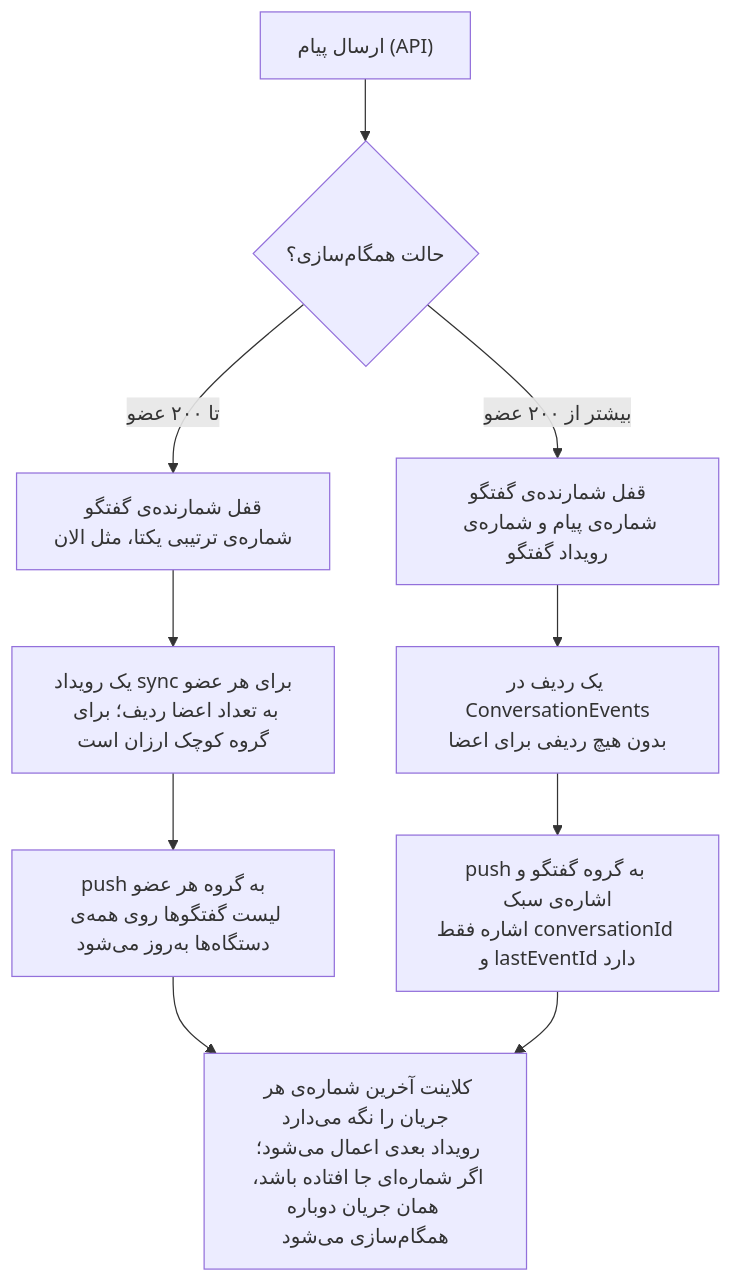
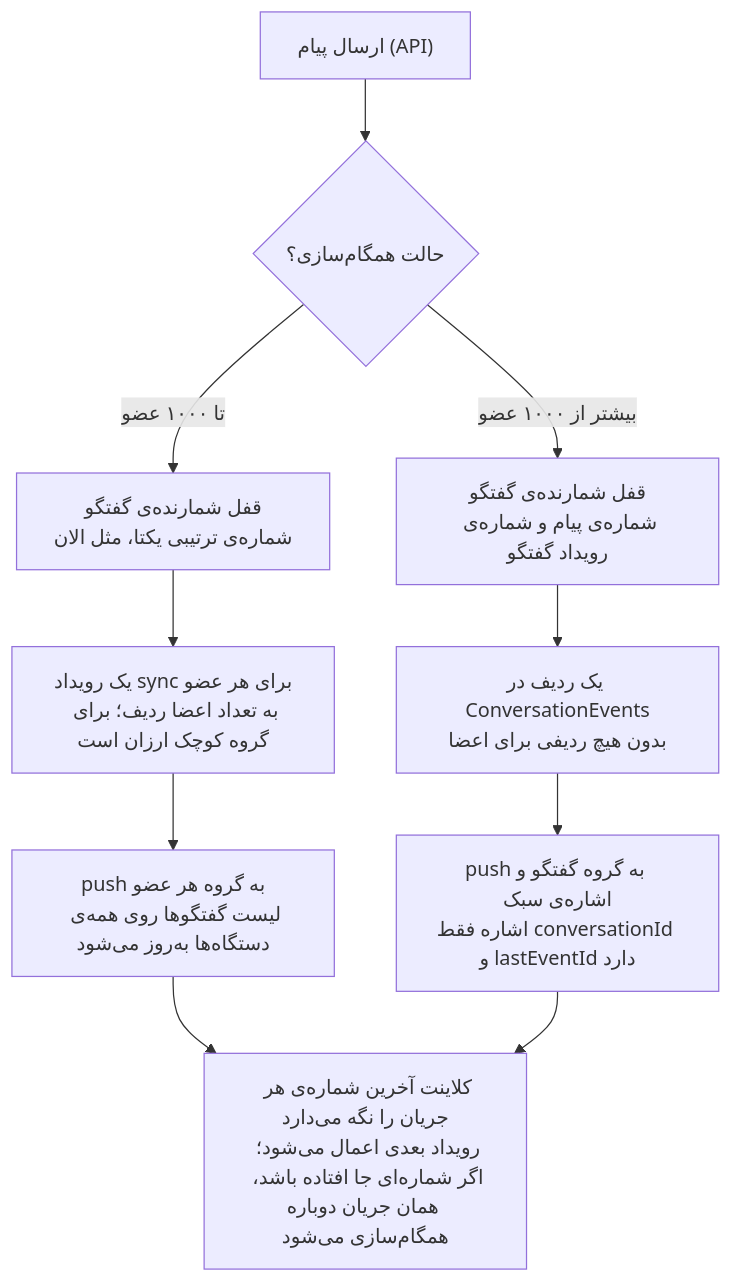
Before and after one commit to FarCodeHub/EnterpriseMessenger: the diagram in docs/hybrid-sync.md, drawn with Mermaid. The commit also changed other lines of this file, not shown here.

````diff
--- a/docs/hybrid-sync.md
+++ b/docs/hybrid-sync.md
@@ -31,12 +32,12 @@
 ```mermaid
 flowchart TD
     send["ارسال پیام (API)"] --> mode{"حالت همگام‌سازی؟"}
-    mode -- "تا ۲۰۰ عضو" --> sLock["قفل شمارنده‌ی گفتگو<br/>شماره‌ی ترتیبی یکتا، مثل الان"]
-    mode -- "بیشتر از ۲۰۰ عضو" --> lLock["قفل شمارنده‌ی گفتگو<br/>شماره‌ی پیام و شماره‌ی رویداد گفتگو"]
+    mode -- "تا ۱۰۰۰ عضو" --> sLock["قفل شمارنده‌ی گفتگو<br/>شماره‌ی ترتیبی یکتا، مثل الان"]
+    mode -- "بیشتر از ۱۰۰۰ عضو" --> lLock["قفل شمارنده‌ی گفتگو<br/>شماره‌ی پیام و شماره‌ی رویداد گفتگو"]
     sLock --> sFan["یک رویداد sync برای هر عضو<br/>به تعداد اعضا ردیف؛ برای گروه کوچک ارزان است"]
     sFan --> sPush["push به گروه هر عضو<br/>لیست گفتگوها روی همه‌ی دستگاه‌ها به‌روز می‌شود"]
     lLock --> lEvent["یک ردیف در ConversationEvents<br/>بدون هیچ ردیفی برای اعضا"]
     lEvent --> lPush["push به گروه گفتگو و اشاره‌ی سبک<br/>اشاره فقط conversationId و lastEventId دارد"]
     sPush --> client["کلاینت آخرین شماره‌ی هر جریان را نگه می‌دارد<br/>رویداد بعدی اعمال می‌شود؛ اگر شماره‌ای جا افتاده باشد، همان جریان دوباره همگام‌سازی می‌شود"]
     lPush --> client
 ```
````
